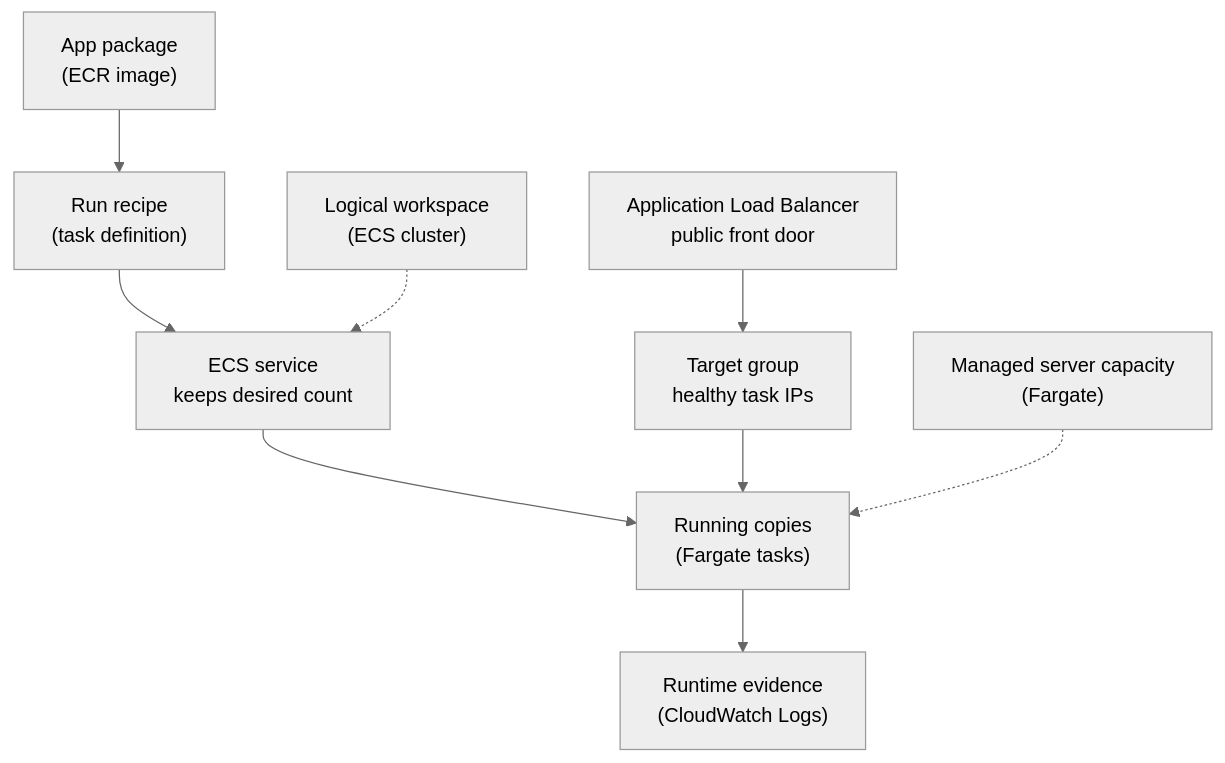
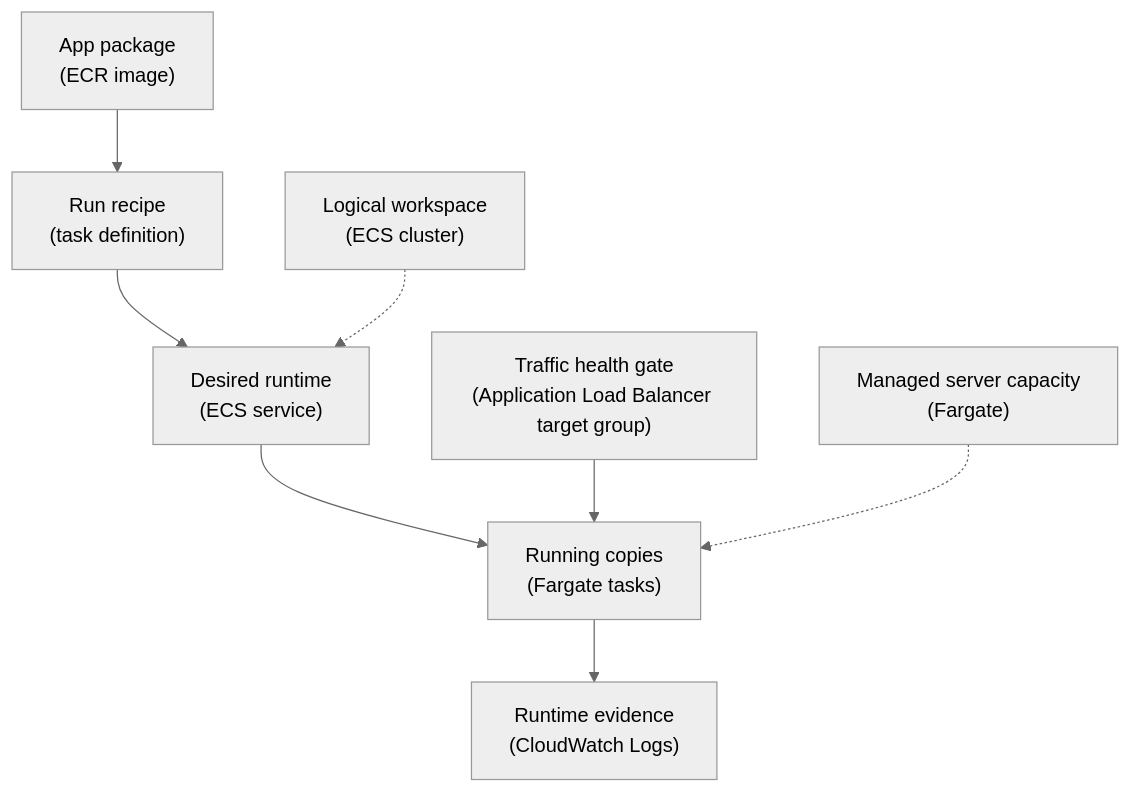
One commit to senlinyy/dev-roadmaps changed the diagram in cloud-providers/aws/compute-application-hosting/ecs-and-fargate.md. Above: the diagram before and after it, drawn with Mermaid (neutral theme). The commit also changed 89 other files, not shown here.

````diff
--- a/cloud-providers/aws/compute-application-hosting/ecs-and-fargate.md
+++ b/cloud-providers/aws/compute-application-hosting/ecs-and-fargate.md
@@ -91,11 +91,10 @@
 ```mermaid
 flowchart TD
     ECR["App package<br/>(ECR image)"] --> TD["Run recipe<br/>(task definition)"]
-    TD --> SERVICE["ECS service<br/>keeps desired count"]
-    ALB["Application Load Balancer<br/>public front door"] --> TG["Target group<br/>healthy task IPs"]
+    TD --> SERVICE["Desired runtime<br/>(ECS service)"]
     SERVICE --> TASKS["Running copies<br/>(Fargate tasks)"]
-    TG --> TASKS
+    TRAFFIC["Traffic health gate<br/>(Application Load Balancer target group)"] --> TASKS
     TASKS --> CW["Runtime evidence<br/>(CloudWatch Logs)"]
     CLUSTER["Logical workspace<br/>(ECS cluster)"] -.-> SERVICE
     FARGATE["Managed server capacity<br/>(Fargate)"] -.-> TASKS
 ```
````
